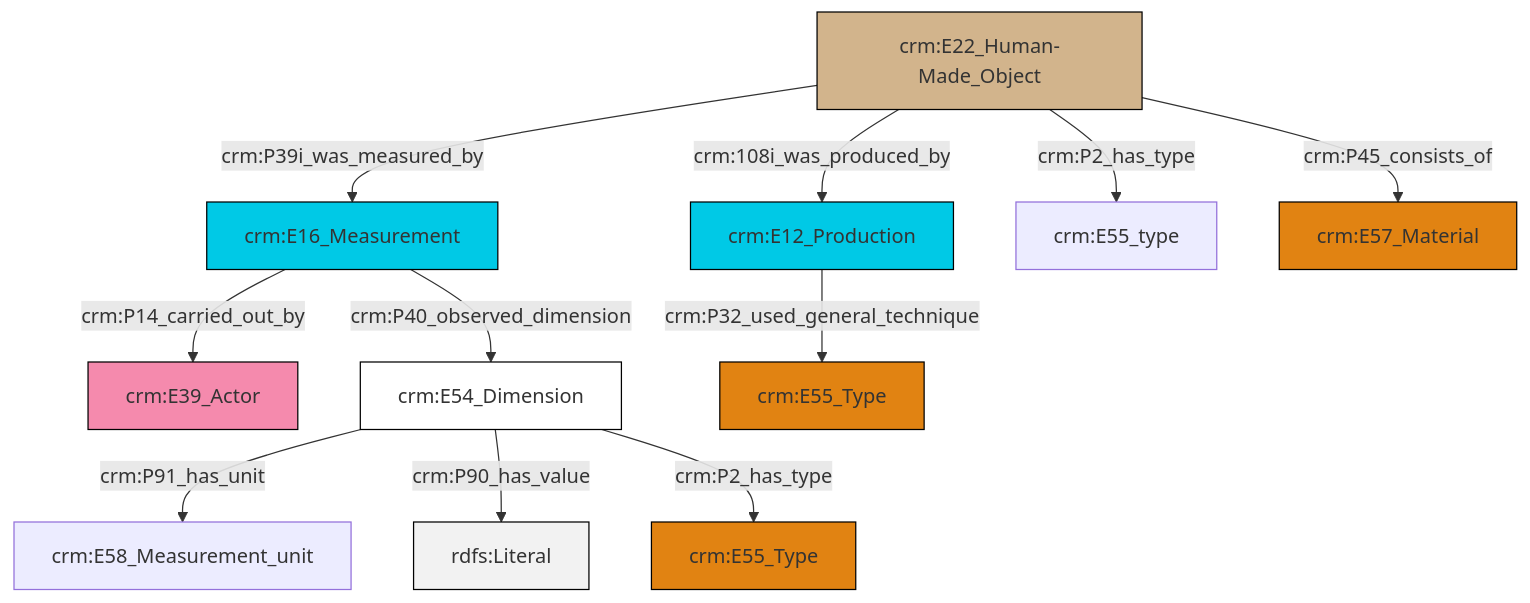
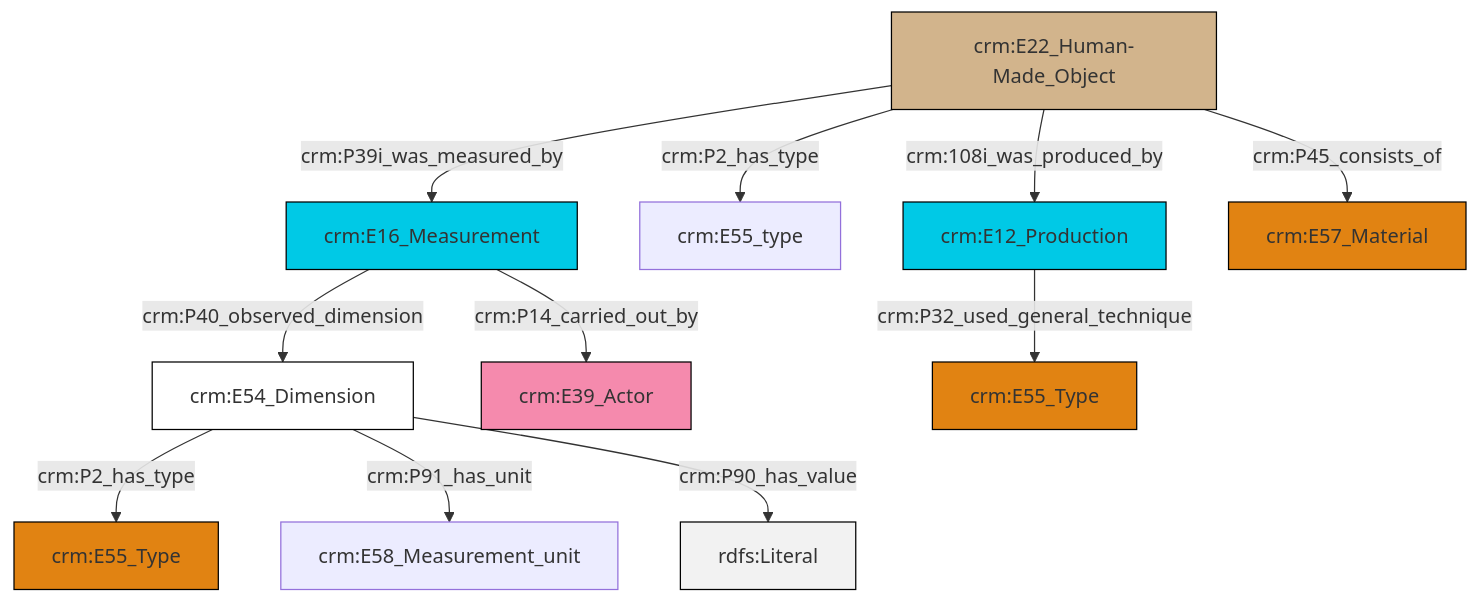
One commit to swiss-art-research-net/reference-data-models changed the diagram in et/builtWorkCSV/ttl/mmd/Built_Work_substance.ttl.mmd. Above: the diagram before and after it, drawn with Mermaid. The commit also changed 130 other files, not shown here.

```diff
--- a/et/builtWorkCSV/ttl/mmd/Built_Work_substance.ttl.mmd
+++ b/et/builtWorkCSV/ttl/mmd/Built_Work_substance.ttl.mmd
@@ -1,25 +1,25 @@
 graph TD
 classDef Literal fill:#f2f2f2,stroke:#000000;
 classDef CRM_Entity fill:#FFFFFF,stroke:#000000;
 classDef Temporal_Entity fill:#00C9E6, stroke:#000000;
 classDef Type fill:#E18312, stroke:#000000;
 classDef Time-Span fill:#2C9C91, stroke:#000000;
 classDef Appellation fill:#FFEB7F, stroke:#000000;
 classDef Place fill:#008836, stroke:#000000;
 classDef Persistent_Item fill:#B266B2, stroke:#000000;
 classDef Conceptual_Object fill:#FFD700, stroke:#000000;
 classDef Physical_Thing fill:#D2B48C, stroke:#000000;
 classDef Actor fill:#f58aad, stroke:#000000;
 classDef PC_Classes fill:#4ce600, stroke:#000000;
 classDef Multi fill:#cccccc,stroke:#000000;
 
-2["crm:E54_Dimension"]:::CRM_Entity -->|crm:P91_has_unit| 3["crm:E58_Measurement_unit"]:::Default
-5["crm:E16_Measurement"]:::Temporal_Entity -->|crm:P14_carried_out_by| 0["crm:E39_Actor"]:::Actor
-5["crm:E16_Measurement"]:::Temporal_Entity -->|crm:P40_observed_dimension| 2["crm:E54_Dimension"]:::CRM_Entity
-2["crm:E54_Dimension"]:::CRM_Entity -->|crm:P90_has_value| 10[rdfs:Literal]:::Literal
-11["crm:E22_Human-Made_Object"]:::Physical_Thing -->|crm:P2_has_type| 12["crm:E55_type"]:::Default
-7["crm:E12_Production"]:::Temporal_Entity -->|crm:P32_used_general_technique| 13["crm:E55_Type"]:::Type
-2["crm:E54_Dimension"]:::CRM_Entity -->|crm:P2_has_type| 16["crm:E55_Type"]:::Type
-11["crm:E22_Human-Made_Object"]:::Physical_Thing -->|crm:108i_was_produced_by| 7["crm:E12_Production"]:::Temporal_Entity
-11["crm:E22_Human-Made_Object"]:::Physical_Thing -->|crm:P45_consists_of| 14["crm:E57_Material"]:::Type
-11["crm:E22_Human-Made_Object"]:::Physical_Thing -->|crm:P39i_was_measured_by| 5["crm:E16_Measurement"]:::Temporal_Entity
+0["crm:E54_Dimension"]:::CRM_Entity -->|crm:P2_has_type| 1["crm:E55_Type"]:::Type
+4["crm:E22_Human-Made_Object"]:::Physical_Thing -->|crm:108i_was_produced_by| 5["crm:E12_Production"]:::Temporal_Entity
+0["crm:E54_Dimension"]:::CRM_Entity -->|crm:P91_has_unit| 2["crm:E58_Measurement_unit"]:::Default
+4["crm:E22_Human-Made_Object"]:::Physical_Thing -->|crm:P2_has_type| 6["crm:E55_type"]:::Default
+7["crm:E16_Measurement"]:::Temporal_Entity -->|crm:P14_carried_out_by| 8["crm:E39_Actor"]:::Actor
+0["crm:E54_Dimension"]:::CRM_Entity -->|crm:P90_has_value| 10[rdfs:Literal]:::Literal
+4["crm:E22_Human-Made_Object"]:::Physical_Thing -->|crm:P39i_was_measured_by| 7["crm:E16_Measurement"]:::Temporal_Entity
+5["crm:E12_Production"]:::Temporal_Entity -->|crm:P32_used_general_technique| 16["crm:E55_Type"]:::Type
+7["crm:E16_Measurement"]:::Temporal_Entity -->|crm:P40_observed_dimension| 0["crm:E54_Dimension"]:::CRM_Entity
+4["crm:E22_Human-Made_Object"]:::Physical_Thing -->|crm:P45_consists_of| 12["crm:E57_Material"]:::Type
```
